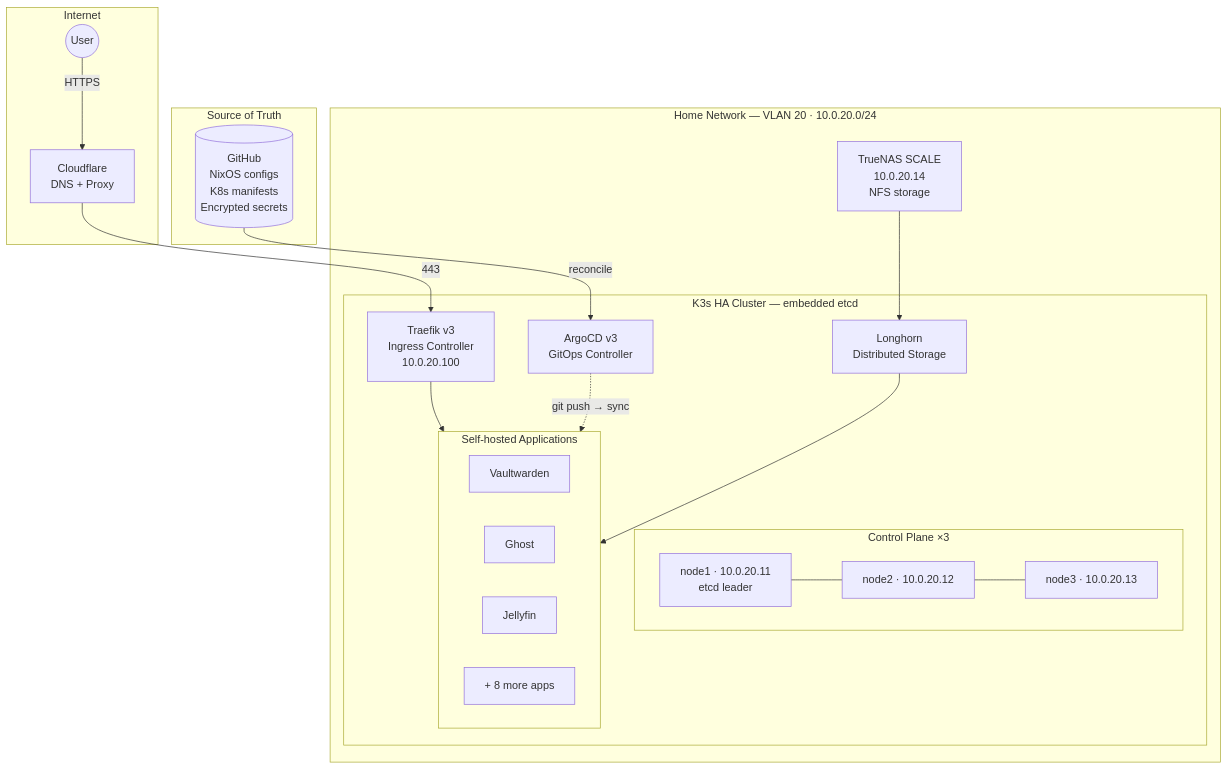
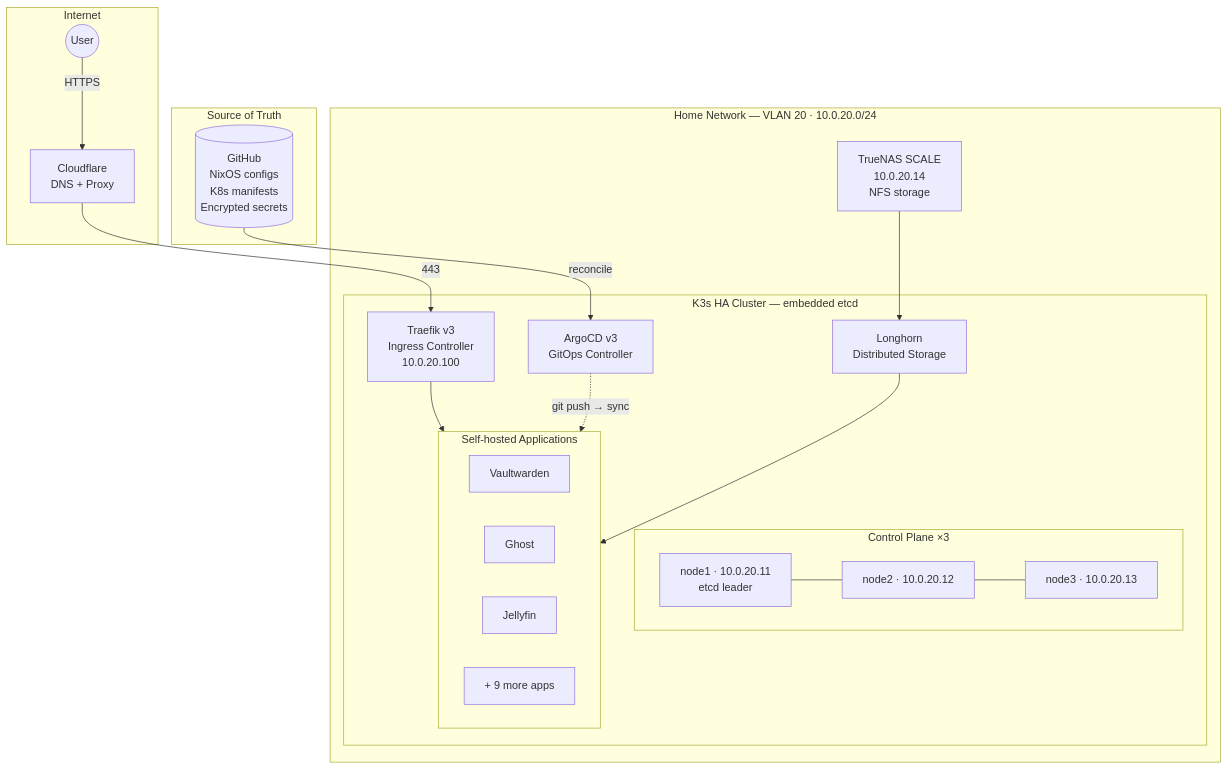
Before and after one commit to Yasuke2000/Homelab: the diagram in docs/index.md, drawn with Mermaid. The commit also changed other lines of this file and 3 other files, not shown here.

````diff
--- a/docs/index.md
+++ b/docs/index.md
@@ -11,42 +15,42 @@
 ```mermaid
 graph TB
     subgraph Internet["Internet"]
         User((User)) -->|HTTPS| CF["Cloudflare\nDNS + Proxy"]
     end
 
     subgraph Home["Home Network — VLAN 20  ·  10.0.20.0/24"]
         CF -->|443| Traefik["Traefik v3\nIngress Controller\n10.0.20.100"]
 
         subgraph Cluster["K3s HA Cluster — embedded etcd"]
             Traefik --> Apps
 
             subgraph CP["Control Plane  ×3"]
                 N1["node1  ·  10.0.20.11\netcd leader"]
                 N2["node2  ·  10.0.20.12"]
                 N3["node3  ·  10.0.20.13"]
                 N1 --- N2
                 N2 --- N3
             end
 
             subgraph Apps["Self-hosted Applications"]
                 direction LR
                 Vault["Vaultwarden"]
                 Ghost["Ghost"]
                 Jelly["Jellyfin"]
-                More["+ 8 more apps"]
+                More["+ 9 more apps"]
             end
 
             ArgoCD["ArgoCD v3\nGitOps Controller"] -.->|"git push → sync"| Apps
             Longhorn["Longhorn\nDistributed Storage"] --> Apps
         end
 
         NAS["TrueNAS SCALE\n10.0.20.14\nNFS storage"]
         NAS --> Longhorn
     end
 
     subgraph Git["Source of Truth"]
         Repo[("GitHub\nNixOS configs\nK8s manifests\nEncrypted secrets")]
     end
 
     Repo -->|reconcile| ArgoCD
 ```
````
